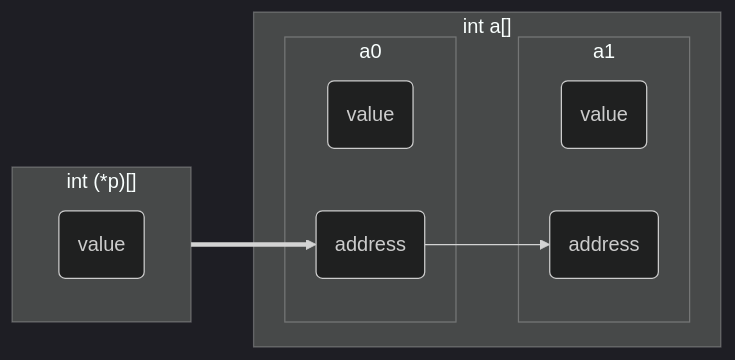
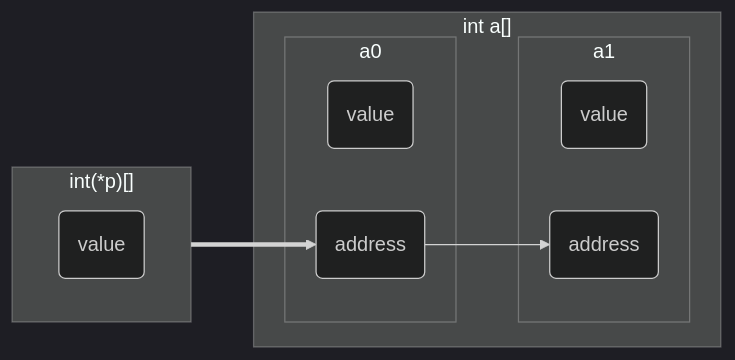
One commit to dmjcb/dmjcb.github.io changed diagram 13 of 13 in _posts/c_c++/pointer/2022-01-08-pointer.md. Above: the diagram before and after it, drawn with Mermaid (dark theme). The commit also changed other lines of this file and 1 other file, not shown here.

````diff
--- a/_posts/c_c++/pointer/2022-01-08-pointer.md
+++ b/_posts/c_c++/pointer/2022-01-08-pointer.md
@@ -607,21 +681,21 @@
 ```mermaid
 graph LR;
     subgraph S1["int a[]"]
         subgraph A1[a0]
             V0("value")
             A0("address")
         end
         subgraph A2[a1]
             V12("value")
             A12("address")
         end
         
     end
-    subgraph S2["int (*p)[]"]
+    subgraph S2["int(*p)[]"]
         V2(value)
         direction LR
     end
 
     A0-->A12
     V2==>A0
 ```
````
